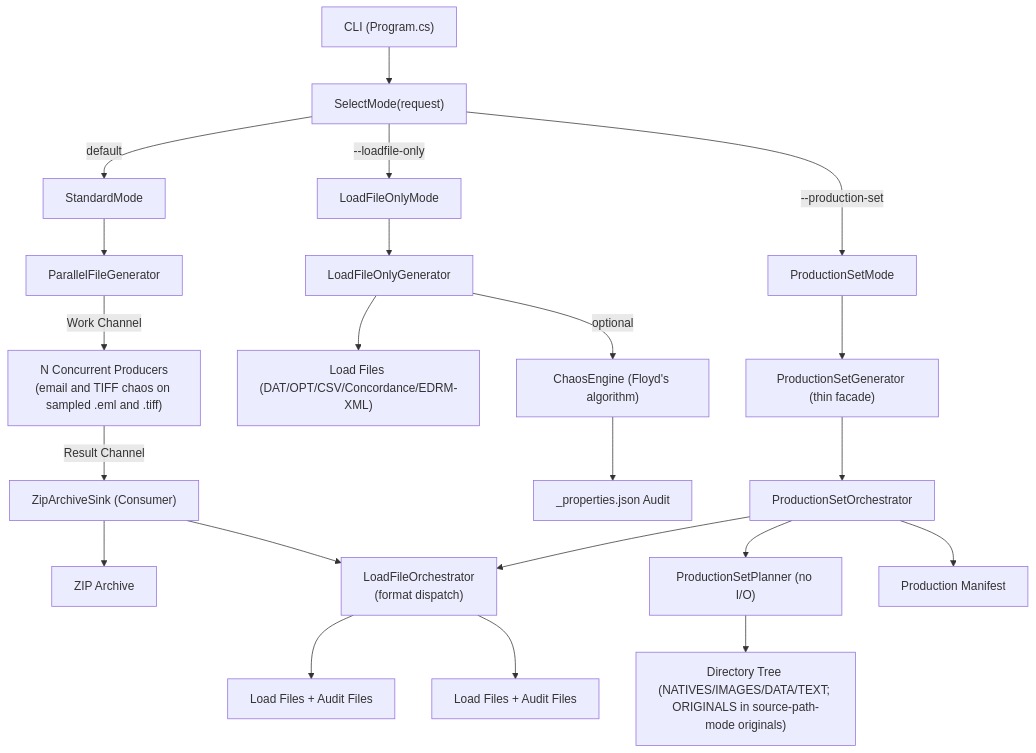
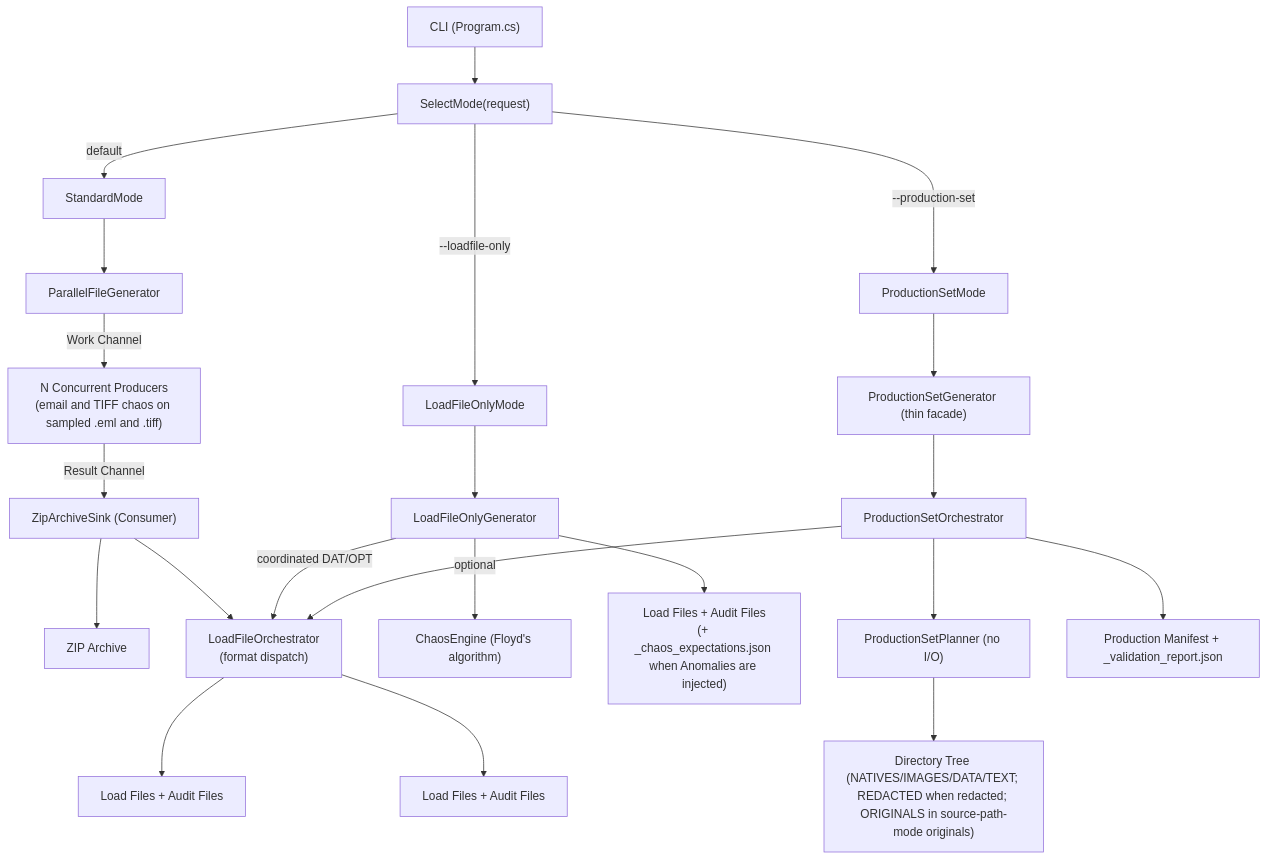
The first of 3 diagrams in docs/architecture.md (dwojtaszek/zipper), drawn with Mermaid before and after one commit. The commit also changed other lines of this file and 13 other files, not shown here.

First line of the commit message:
docs: align glossary, requirements, architecture, and workflow guardrails (#1440)

````diff
--- a/docs/architecture.md
+++ b/docs/architecture.md
@@ -46,28 +46,28 @@
 ```mermaid
 graph TD
     CLI["CLI (Program.cs)"]
     CLI --> SelectMode["SelectMode(request)"]
     SelectMode -->|"default"| StandardMode["StandardMode"]
     SelectMode -->|"--loadfile-only"| LoadFileOnlyMode["LoadFileOnlyMode"]
     SelectMode -->|"--production-set"| ProductionSetMode["ProductionSetMode"]
 
     StandardMode --> PFG["ParallelFileGenerator"]
     PFG -->|"Work Channel"| Producers["N Concurrent Producers<br/>(email and TIFF chaos on sampled .eml and .tiff)"]
     Producers -->|"Result Channel"| ZAS["ZipArchiveSink (Consumer)"]
     ZAS --> ZIP["ZIP Archive"]
     ZAS --> LFO["LoadFileOrchestrator<br/>(format dispatch)"]
     LFO --> LF1["Load Files + Audit Files"]
 
     LoadFileOnlyMode --> LOG["LoadFileOnlyGenerator"]
-    LOG --> LF2["Load Files (DAT/OPT/CSV/Concordance/EDRM-XML)"]
     LOG -->|"optional"| Chaos["ChaosEngine (Floyd's algorithm)"]
-    Chaos --> Audit["_properties.json Audit"]
+    LOG --> LF2["Load Files + Audit Files<br/>(+ _chaos_expectations.json when Anomalies are injected)"]
+    LOG -->|"coordinated DAT/OPT"| LFO
 
     ProductionSetMode --> PSG["ProductionSetGenerator (thin facade)"]
     PSG --> PSO["ProductionSetOrchestrator"]
     PSO --> PSP["ProductionSetPlanner (no I/O)"]
-    PSP --> Tree["Directory Tree (NATIVES/IMAGES/DATA/TEXT; ORIGINALS in source-path-mode originals)"]
+    PSP --> Tree["Directory Tree (NATIVES/IMAGES/DATA/TEXT; REDACTED when redacted; ORIGINALS in source-path-mode originals)"]
     PSO --> LFO
     LFO --> LF3["Load Files + Audit Files"]
-    PSO --> Manifest["Production Manifest"]
+    PSO --> Manifest["Production Manifest + _validation_report.json"]
 ```
````
